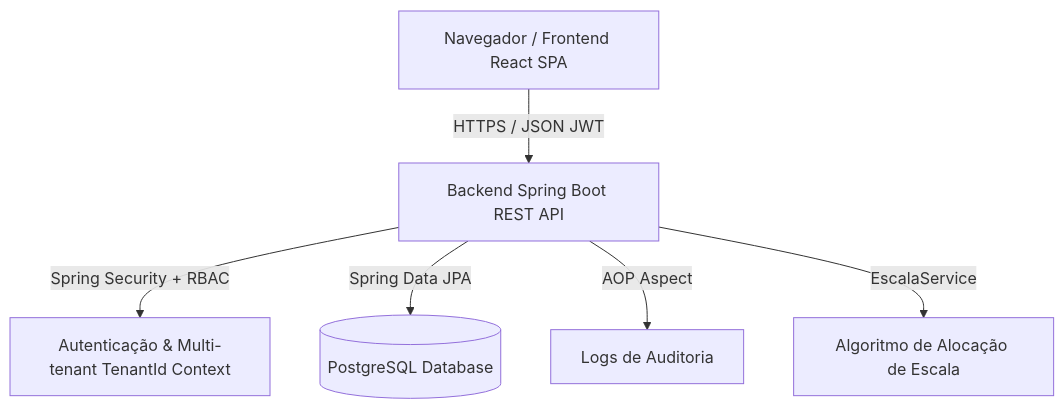
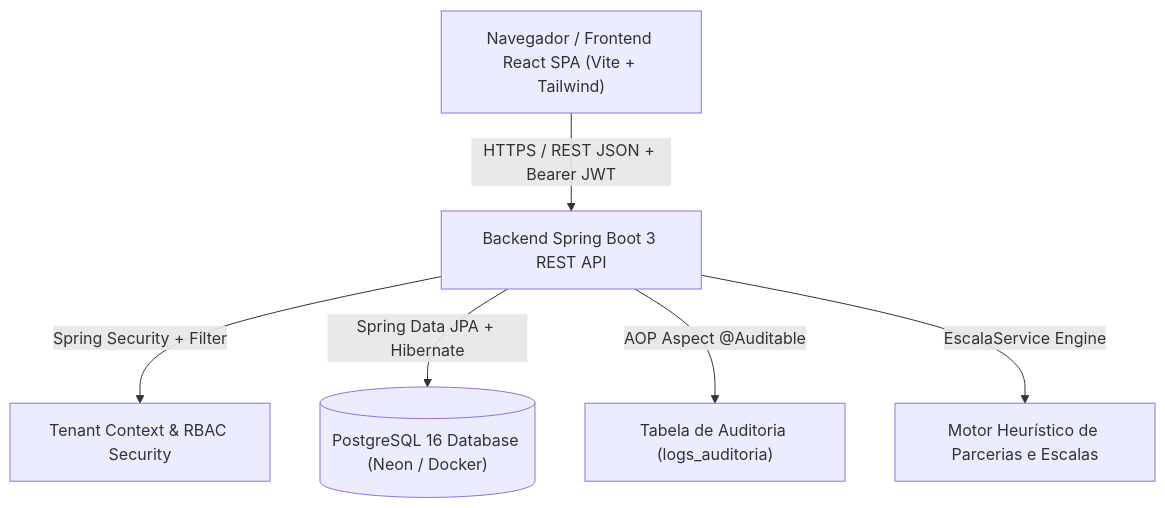
Before and after one commit to Gutember-g/GeradorEscalaAutomatico: the first of 5 diagrams in SPECIFICATION.md, drawn with Mermaid. The commit also changed other lines of this file and 7 other files, not shown here.

````diff
--- a/SPECIFICATION.md
+++ b/SPECIFICATION.md
@@ -22,8 +36,8 @@
 ```mermaid
 graph TD
-    Client[Navegador / Frontend React SPA] -->|HTTPS / JSON JWT| API[Backend Spring Boot REST API]
-    API -->|Spring Security + RBAC| Auth[Autenticação & Multi-tenant TenantId Context]
-    API -->|Spring Data JPA| DB[(PostgreSQL Database)]
-    API -->|AOP Aspect| Audit[Logs de Auditoria]
-    API -->|EscalaService| Algo[Algoritmo de Alocação de Escala]
+    Client["Navegador / Frontend React SPA (Vite + Tailwind)"] -->|HTTPS / REST JSON + Bearer JWT| API["Backend Spring Boot 3 REST API"]
+    API -->|Spring Security + Filter| AuthContext["Tenant Context & RBAC Security"]
+    API -->|Spring Data JPA + Hibernate| DB[("PostgreSQL 16 Database (Neon / Docker)")]
+    API -->|AOP Aspect @Auditable| AuditLog["Tabela de Auditoria (logs_auditoria)"]
+    API -->|EscalaService Engine| ScheduleEngine["Motor Heurístico de Parcerias e Escalas"]
 ```
````
